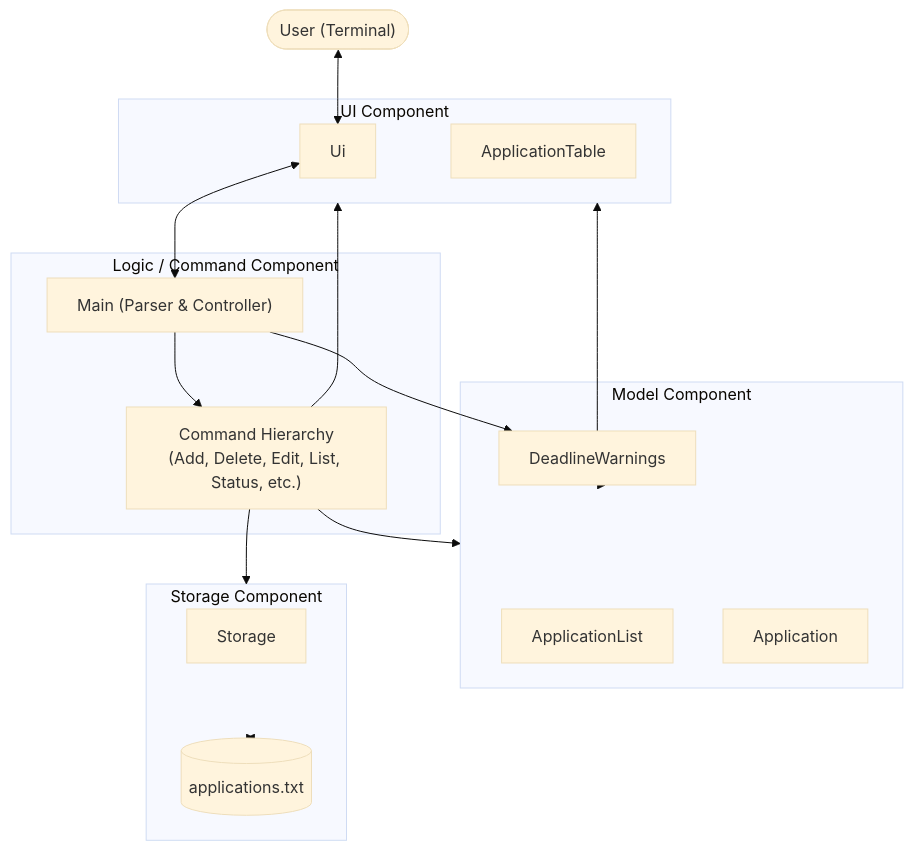
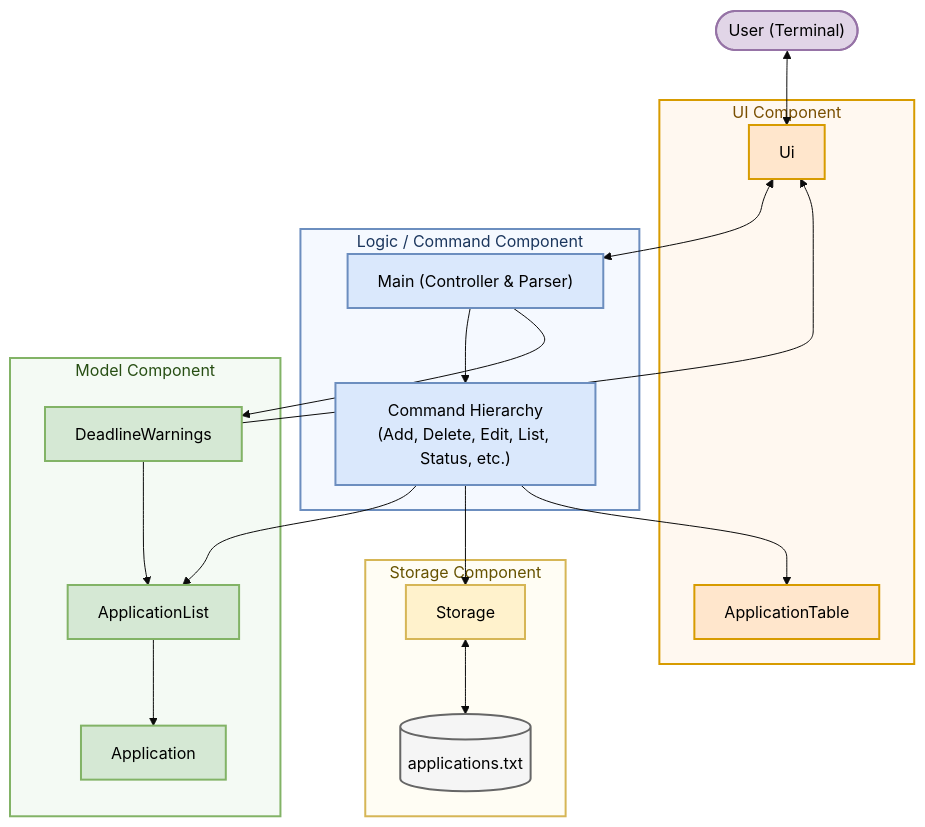
Before and after one commit to AY2627S1-CS2113-T10-2/tp: the first of 22 diagrams in docs/DeveloperGuide.md, drawn with Mermaid (base theme). The commit also changed other lines of this file, not shown here.

First line of the commit message:
docs: align sequence return arrows and enhance class diagram resolution

````diff
--- a/docs/DeveloperGuide.md
+++ b/docs/DeveloperGuide.md
@@ -29,34 +29,49 @@
 ```mermaid
 flowchart TB
+    classDef uiBox fill:#ffe6cc,stroke:#d79b00,stroke-width:2px,color:#000000
+    classDef logicBox fill:#dae8fc,stroke:#6c8ebf,stroke-width:2px,color:#000000
+    classDef modelBox fill:#d5e8d4,stroke:#82b366,stroke-width:2px,color:#000000
+    classDef storageBox fill:#fff2cc,stroke:#d6b656,stroke-width:2px,color:#000000
+    classDef userBox fill:#e1d5e7,stroke:#9673a6,stroke-width:2px,color:#000000
+    classDef fileBox fill:#f5f5f5,stroke:#666666,stroke-width:2px,color:#000000
+
+    User(["User (Terminal)"]):::userBox
+
     subgraph UI_Component["UI Component"]
-        UI["Ui"]
-        Table["ApplicationTable"]
+        UI["Ui"]:::uiBox
+        Table["ApplicationTable"]:::uiBox
     end
 
     subgraph Logic_Component["Logic / Command Component"]
-        Main["Main (Parser & Controller)"]
-        Commands["Command Hierarchy<br/>(Add, Delete, Edit, List, Status, etc.)"]
+        Main["Main (Controller & Parser)"]:::logicBox
+        Commands["Command Hierarchy<br/>(Add, Delete, Edit, List, Status, etc.)"]:::logicBox
     end
 
     subgraph Model_Component["Model Component"]
-        AppList["ApplicationList"]
-        App["Application"]
-        Warnings["DeadlineWarnings"]
+        AppList["ApplicationList"]:::modelBox
+        App["Application"]:::modelBox
+        Warnings["DeadlineWarnings"]:::modelBox
     end
 
     subgraph Storage_Component["Storage Component"]
-        Storage["Storage"]
-        File[("applications.txt")]
+        Storage["Storage"]:::storageBox
+        File[("applications.txt")]:::fileBox
     end
 
-    User(["User (Terminal)"]) <--> UI
+    style UI_Component fill:#fff8f0,stroke:#d79b00,stroke-width:2px,color:#7a4f00
+    style Logic_Component fill:#f5f9ff,stroke:#6c8ebf,stroke-width:2px,color:#1b365d
+    style Model_Component fill:#f4faf4,stroke:#82b366,stroke-width:2px,color:#274e13
+    style Storage_Component fill:#fffdf4,stroke:#d6b656,stroke-width:2px,color:#665200
+
+    User <--> UI
     UI <--> Main
     Main --> Commands
-    Commands --> Model_Component
-    Commands --> UI_Component
-    Commands --> Storage_Component
-    Storage_Component <--> File
     Main --> Warnings
-    Warnings --> Model_Component
-    Warnings --> UI_Component
+    Commands --> AppList
+    Commands --> Storage
+    Commands --> Table
+    AppList --> App
+    Storage <--> File
+    Warnings --> AppList
+    Warnings --> UI
 ```
````
